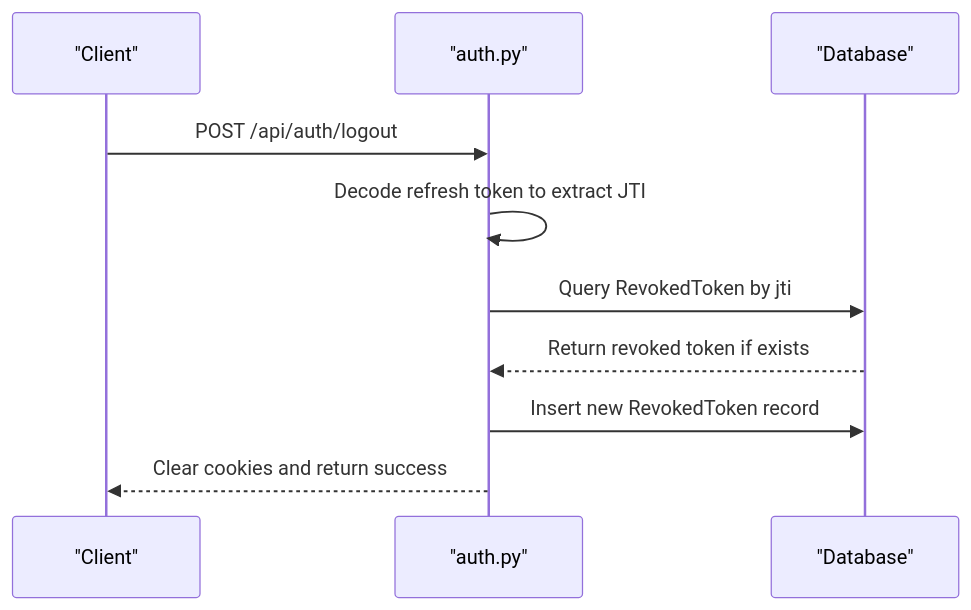
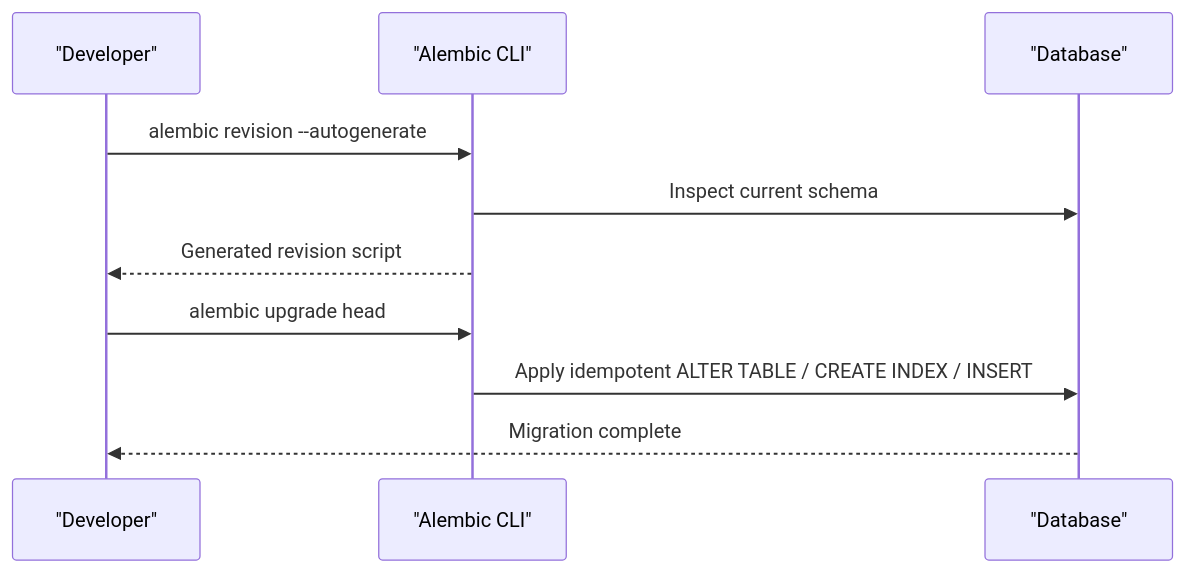
The fifth of 7 diagrams in .qoder/repowiki/en/content/Database Design/Database Design.md (Revanththetalogics/aireume), drawn with Mermaid before and after one commit. The commit also changed other lines of this file and 32 other files, not shown here.

````diff
--- a/.qoder/repowiki/en/content/Database Design/Database Design.md
+++ b/.qoder/repowiki/en/content/Database Design/Database Design.md
@@ -1011,12 +256,12 @@
 ```mermaid
 sequenceDiagram
-participant Client as "Client"
-participant Auth as "auth.py"
+participant Dev as "Developer"
+participant Alembic as "Alembic CLI"
 participant DB as "Database"
-Client->>Auth : POST /api/auth/logout
-Auth->>Auth : Decode refresh token to extract JTI
-Auth->>DB : Query RevokedToken by jti
-DB-->>Auth : Return revoked token if exists
-Auth->>DB : Insert new RevokedToken record
-Auth-->>Client : Clear cookies and return success
+Dev->>Alembic : alembic revision --autogenerate
+Alembic->>DB : Inspect current schema
+Alembic-->>Dev : Generated revision script
+Dev->>Alembic : alembic upgrade head
+Alembic->>DB : Apply idempotent ALTER TABLE / CREATE INDEX / INSERT
+DB-->>Dev : Migration complete
 ```
````
